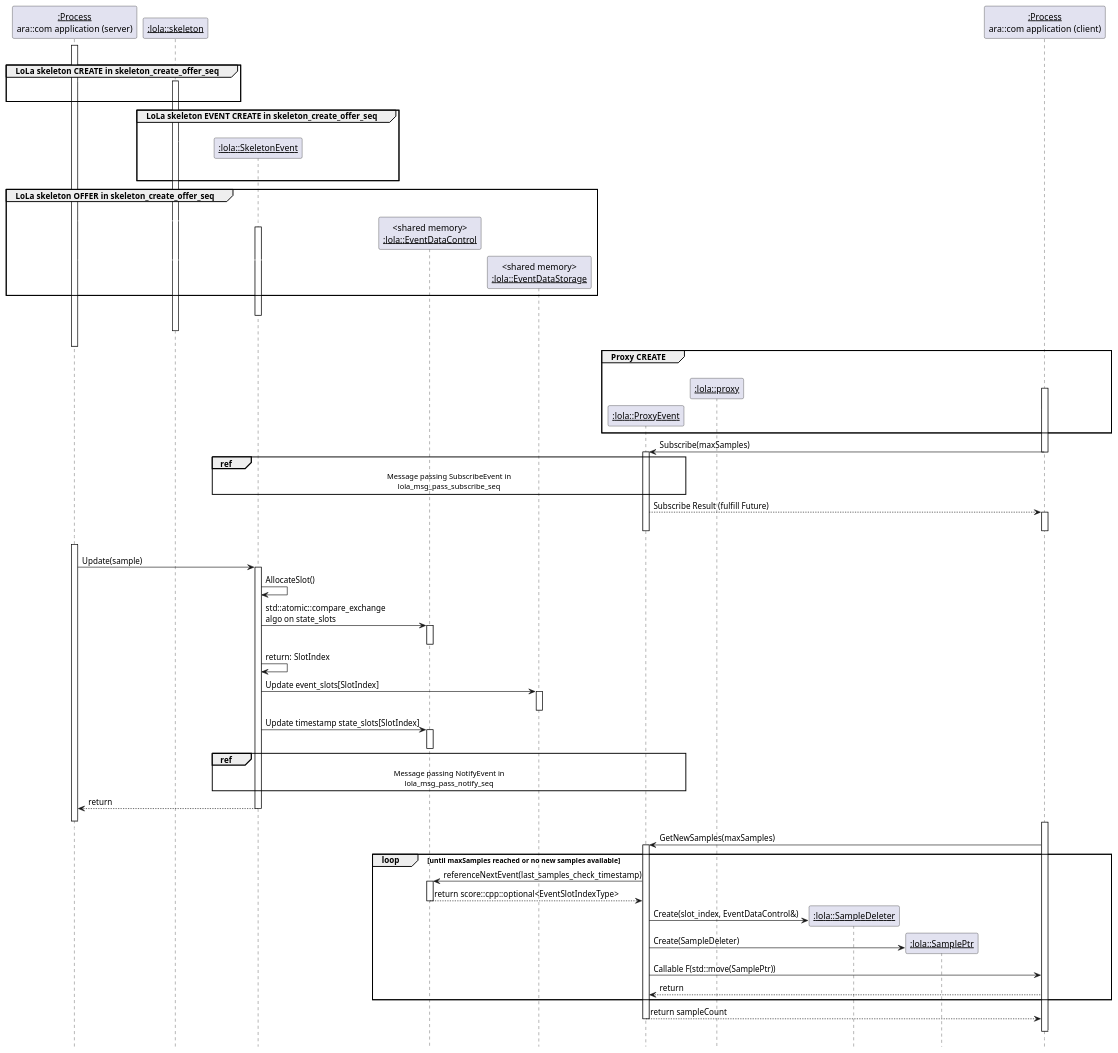
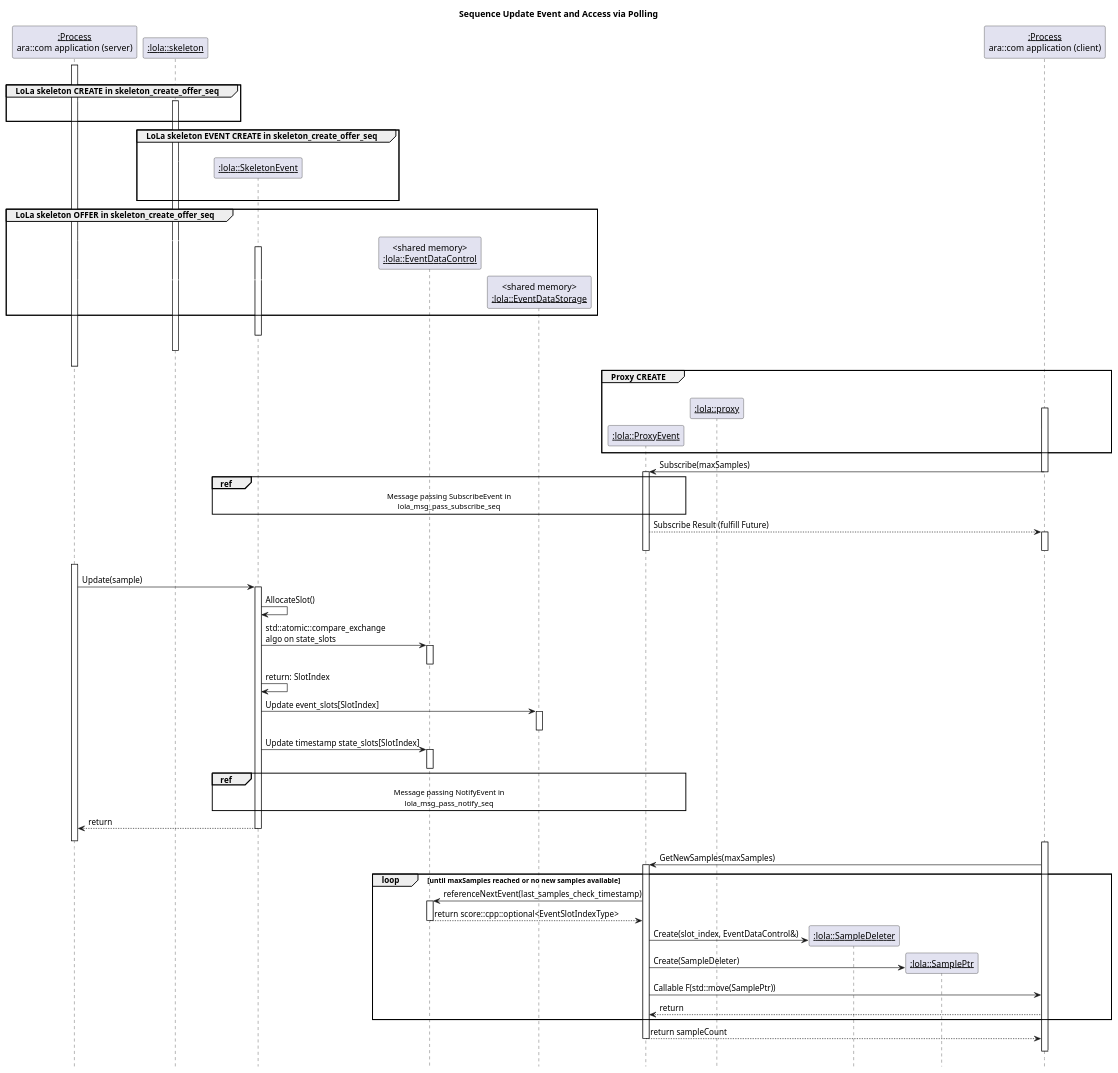
Before and after one commit to eclipse-score/communication: the diagram in score/mw/com/design/events_fields/event_poll_lola_seq.puml, drawn with PlantUML. The commit also changed 4 other files, not shown here.

```diff
--- a/score/mw/com/design/events_fields/event_poll_lola_seq.puml
+++ b/score/mw/com/design/events_fields/event_poll_lola_seq.puml
@@ -1,105 +1,105 @@
 @startuml event_poll_lola_seq
-
+title "Sequence Update Event and Access via Polling"
 hide footbox
 
 participant "<u>:Process</u>\nara::com application (server)" as Process1
 participant "<u>:lola::skeleton</u>" as skeleton
 participant "<u>:lola::SkeletonEvent</u>" as SkeletonEvent
 participant "<shared memory>\n<u>:lola::EventDataControl</u>" as EventDataControl
 participant "<shared memory>\n<u>:lola::EventDataStorage</u>" as EventDataStorage
 participant "<u>:lola::ProxyEvent</u>" as ProxyEvent
 participant "<u>:lola::proxy</u>" as proxy
 participant "<u>:lola::SampleDeleter</u>" as SampleDeleter
 participant "<u>:lola::SamplePtr</u>" as SamplePtr
 participant "<u>:Process</u>\nara::com application (client)" as Process2
 
 activate Process1
 |||
 group LoLa skeleton CREATE in skeleton_create_offer_seq
     Process1 -[#white]> skeleton
     activate skeleton
     |||
 end
 
 group LoLa skeleton EVENT CREATE in skeleton_create_offer_seq
     |||
     create SkeletonEvent
     skeleton -[#white]> SkeletonEvent
     |||
 end
 
 group LoLa skeleton OFFER in skeleton_create_offer_seq
     |||
     create EventDataControl
     Process1 -[#white]> EventDataControl
     activate SkeletonEvent
     create EventDataStorage
     Process1 -[#white]> EventDataStorage
 end
 |||
 deactivate SkeletonEvent
 |||
 deactivate skeleton
 |||
 deactivate Process1
 
 group Proxy CREATE
     |||
     create proxy
     Process2 -[#white]> proxy
     activate Process2
     create ProxyEvent
     Process2 -[#white]> ProxyEvent
 end
 
 Process2 -> ProxyEvent: Subscribe(maxSamples)
 deactivate Process2
 activate ProxyEvent
 ref over SkeletonEvent, ProxyEvent: Message passing SubscribeEvent in\nlola_msg_pass_subscribe_seq
 ProxyEvent --> Process2: Subscribe Result (fulfill Future)
 activate Process2
 deactivate ProxyEvent
 deactivate Process2
 
 Process1 -[#white]> Process1
 activate Process1
 Process1 -> SkeletonEvent: Update(sample)
 activate SkeletonEvent
 SkeletonEvent -> SkeletonEvent: AllocateSlot()
 SkeletonEvent -> EventDataControl: std::atomic::compare_exchange\nalgo on state_slots
 activate EventDataControl
 deactivate EventDataControl
 SkeletonEvent -> SkeletonEvent: return: SlotIndex
 SkeletonEvent -> EventDataStorage: Update event_slots[SlotIndex]
 activate EventDataStorage
 deactivate EventDataStorage
 SkeletonEvent -> EventDataControl: Update timestamp state_slots[SlotIndex]
 activate EventDataControl
 deactivate EventDataControl
 ref over SkeletonEvent, ProxyEvent: Message passing NotifyEvent in\nlola_msg_pass_notify_seq
 Process1 <-- SkeletonEvent: return
 deactivate SkeletonEvent
 Process1 -[#white]> Process1
 deactivate Process1
 
 activate Process2
 Process2 -> ProxyEvent: GetNewSamples(maxSamples)
 activate ProxyEvent
 loop until maxSamples reached or no new samples available
   ProxyEvent -> EventDataControl: referenceNextEvent(last_samples_check_timestamp)
   activate EventDataControl
   ProxyEvent <-- EventDataControl: return score::cpp::optional<EventSlotIndexType>
   deactivate EventDataControl
   create SampleDeleter
   ProxyEvent -> SampleDeleter: Create(slot_index, EventDataControl&)
   create SamplePtr
   ProxyEvent -> SamplePtr: Create(SampleDeleter)
   Process2 <- ProxyEvent: Callable F(std::move(SamplePtr))
   Process2 --> ProxyEvent: return
 end
 Process2 <-- ProxyEvent: return sampleCount
 deactivate ProxyEvent
 Process2 -[#white]> Process2
 deactivate Process2
 
 @enduml
```
